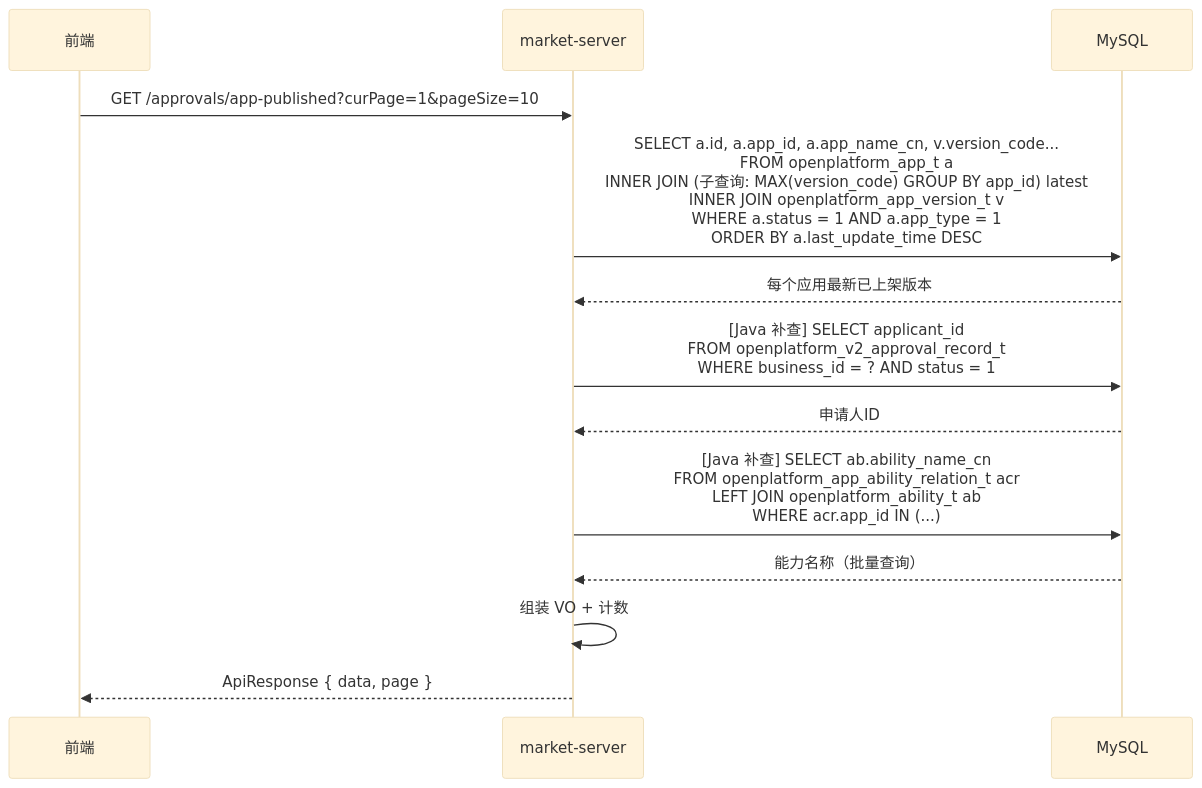
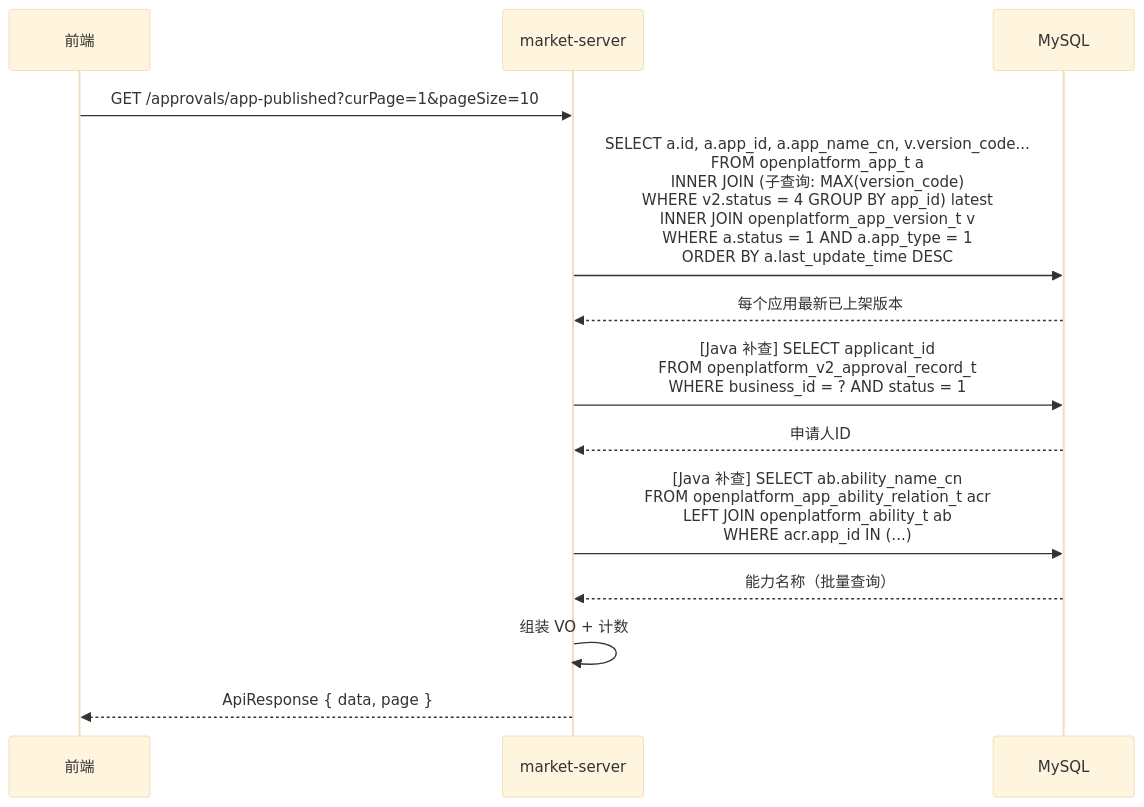
The fifth of 7 diagrams in docs/market-server/approval-management-requirement.md (THZSummer/open-app), drawn with Mermaid (base theme) before and after one commit. The commit also changed other lines of this file and 2 other files, not shown here.

````diff
--- a/docs/market-server/approval-management-requirement.md
+++ b/docs/market-server/approval-management-requirement.md
@@ -447,16 +460,16 @@
 ```mermaid
 sequenceDiagram
     participant FE as 前端
     participant MS as market-server
     participant DB as MySQL
 
     FE->>MS: GET /approvals/app-published?curPage=1&pageSize=10
-    MS->>DB: SELECT a.id, a.app_id, a.app_name_cn, v.version_code...<br/>FROM openplatform_app_t a<br/>INNER JOIN (子查询: MAX(version_code) GROUP BY app_id) latest<br/>INNER JOIN openplatform_app_version_t v<br/>WHERE a.status = 1 AND a.app_type = 1<br/>ORDER BY a.last_update_time DESC
+    MS->>DB: SELECT a.id, a.app_id, a.app_name_cn, v.version_code...<br/>FROM openplatform_app_t a<br/>INNER JOIN (子查询: MAX(version_code)<br/>WHERE v2.status = 4 GROUP BY app_id) latest<br/>INNER JOIN openplatform_app_version_t v<br/>WHERE a.status = 1 AND a.app_type = 1<br/>ORDER BY a.last_update_time DESC
     DB-->>MS: 每个应用最新已上架版本
     MS->>DB: [Java 补查] SELECT applicant_id<br/>FROM openplatform_v2_approval_record_t<br/>WHERE business_id = ? AND status = 1
     DB-->>MS: 申请人ID
     MS->>DB: [Java 补查] SELECT ab.ability_name_cn<br/>FROM openplatform_app_ability_relation_t acr<br/>LEFT JOIN openplatform_ability_t ab<br/>WHERE acr.app_id IN (...)
     DB-->>MS: 能力名称（批量查询）
     MS->>MS: 组装 VO + 计数
     MS-->>FE: ApiResponse { data, page }
 ```
````
